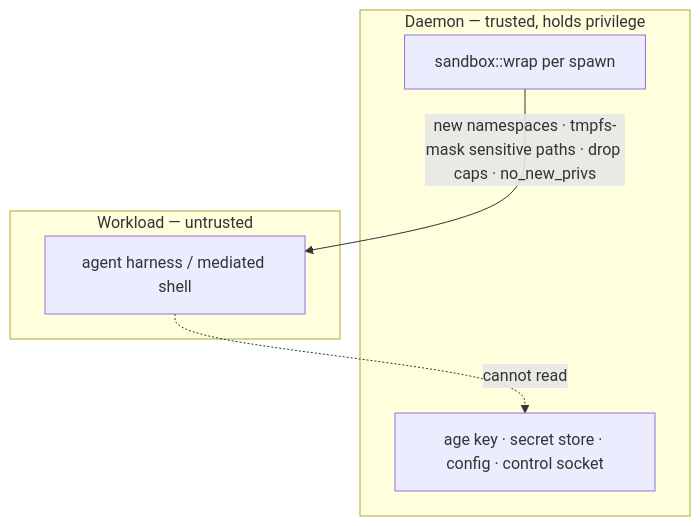
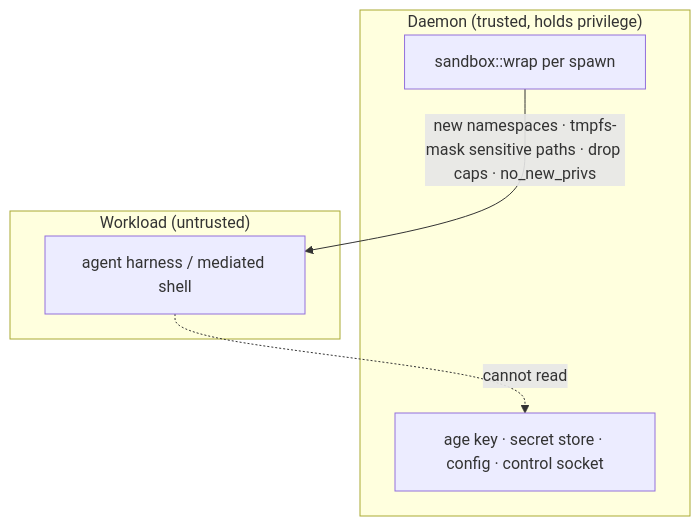
The diagram in docs/specs/security.md (atrium-cloud/acp-stack), drawn with Mermaid before and after one commit. The commit also changed other lines of this file and 108 other files, not shown here.

````diff
--- a/docs/specs/security.md
+++ b/docs/specs/security.md
@@ -205,12 +205,12 @@
 ```mermaid
 flowchart TB
-    subgraph Daemon["Daemon — trusted, holds privilege"]
+    subgraph Daemon["Daemon (trusted, holds privilege)"]
         Sensitive["age key · secret store · config · control socket"]
         Wrap["sandbox::wrap per spawn"]
     end
-    subgraph Workload["Workload — untrusted"]
+    subgraph Workload["Workload (untrusted)"]
         Harness["agent harness / mediated shell"]
     end
     Wrap -->|"new namespaces · tmpfs-mask sensitive paths · drop caps · no_new_privs"| Harness
     Harness -. cannot read .-> Sensitive
 ```
````
